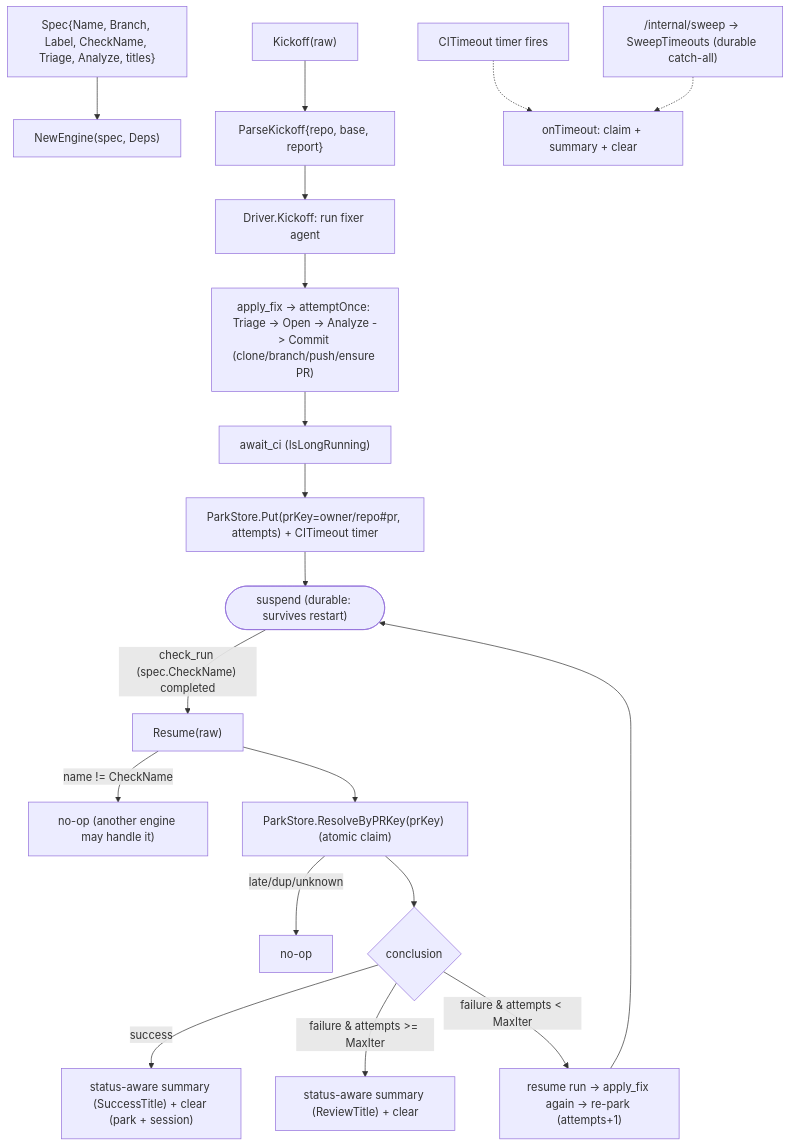
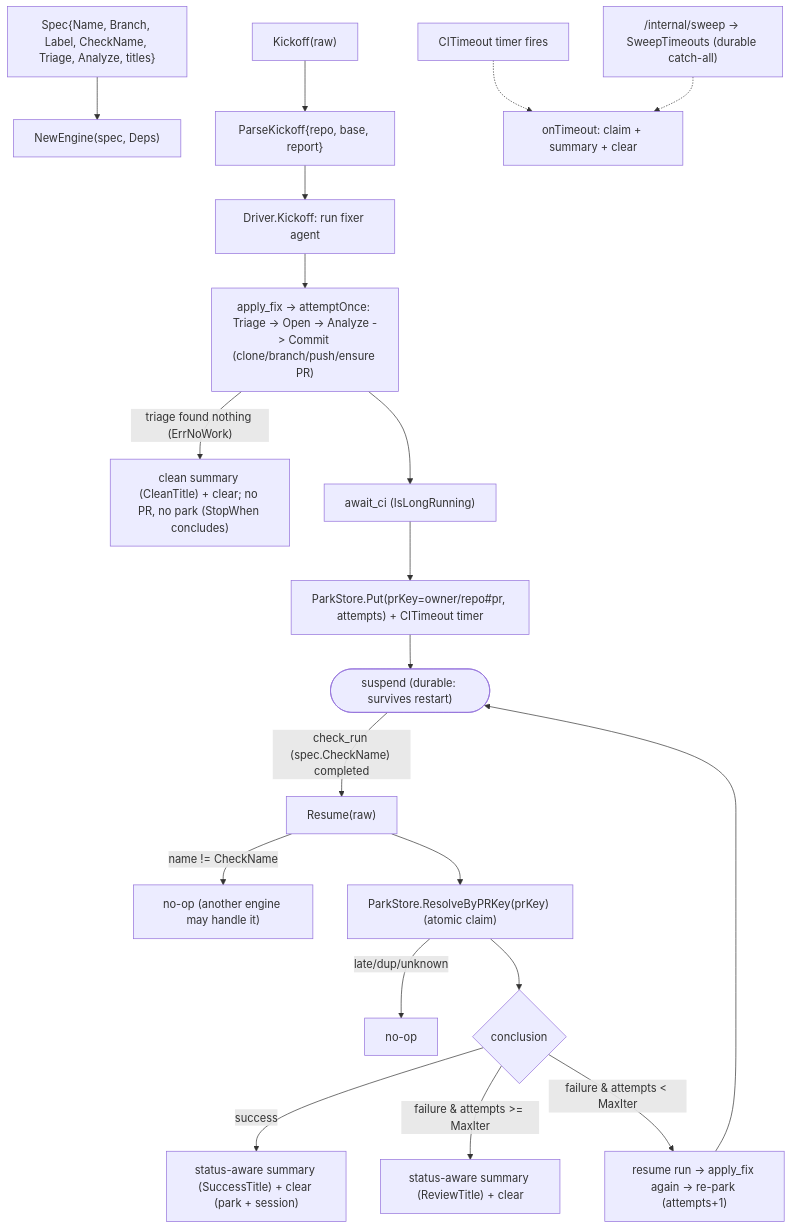
Before and after one commit to jkjamies/automation-agent: the diagram in go/internal/agent/fixflow/AGENTS.md, drawn with Mermaid. The commit also changed other lines of this file and 57 other files, not shown here.

First line of the commit message:
Report a clean ✅ outcome when triage finds nothing (four ports) (#12)

````diff
--- a/go/internal/agent/fixflow/AGENTS.md
+++ b/go/internal/agent/fixflow/AGENTS.md
@@ -31,22 +31,23 @@
 ```mermaid
 flowchart TD
     Spec["Spec{Name, Branch, Label, CheckName, Triage, Analyze, titles}"] --> E["NewEngine(spec, Deps)"]
     K["Kickoff(raw)"] --> KP["ParseKickoff{repo, base, report}"]
     KP --> DK["Driver.Kickoff: run fixer agent"]
     DK --> AF["apply_fix -> attemptOnce: Triage -> Open -> Analyze -> Commit (clone/branch/push/ensure PR)"]
+    AF -->|"triage found nothing (ErrNoWork)"| CLN["clean summary (CleanTitle) + clear; no PR, no park (StopWhen concludes)"]
     AF --> AW["await_ci (IsLongRunning)"]
     AW --> PK["ParkStore.Put(prKey=owner/repo#pr, attempts) + CITimeout timer"]
     PK --> SUS(["suspend (durable: survives restart)"])
 
     SUS -->|"check_run (spec.CheckName) completed"| R["Resume(raw)"]
     R -->|"name != CheckName"| NO["no-op (another engine may handle it)"]
     R --> RES["ParkStore.ResolveByPRKey(prKey) (atomic claim)"]
     RES -->|"late/dup/unknown"| NO2["no-op"]
     RES --> C{conclusion}
     C -->|success| OK["status-aware summary (SuccessTitle) + clear (park + session)"]
     C -->|failure & attempts >= MaxIter| HRV["status-aware summary (ReviewTitle) + clear"]
     C -->|failure & attempts < MaxIter| RT["resume run -> apply_fix again -> re-park (attempts+1)"]
     RT --> SUS
     TO["CITimeout timer fires"] -.-> TON["onTimeout: claim + summary + clear"]
     SW["/internal/sweep -> SweepTimeouts (durable catch-all)"] -.-> TON
 ```
````
